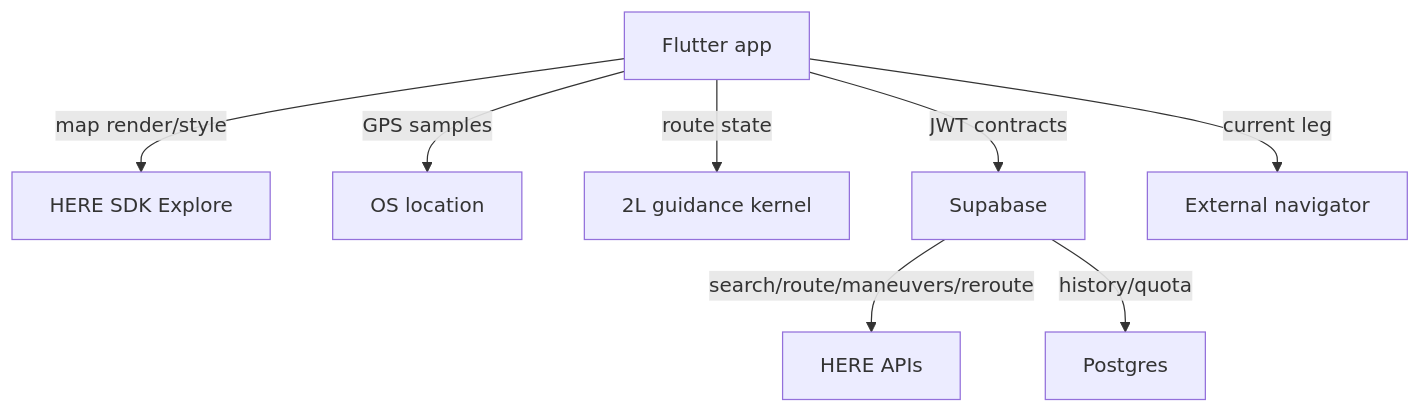
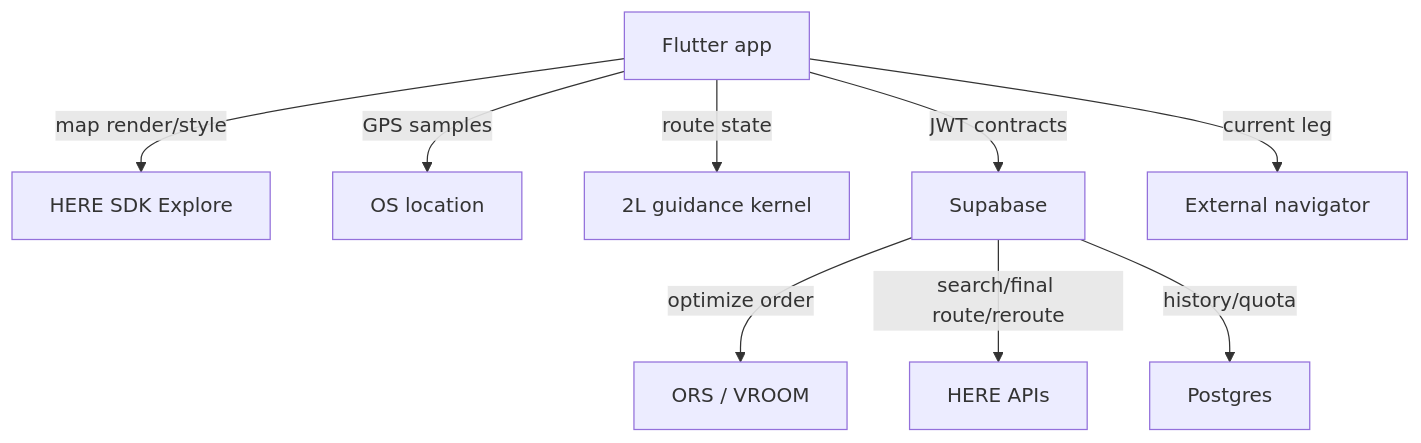
Before and after one commit to doppiaelle/2L-maps: the second of 2 diagrams in README.md, drawn with Mermaid. The commit also changed other lines of this file, not shown here.

Commit message:
docs: describe ORS and HERE target in README

````diff
--- a/README.md
+++ b/README.md
@@ -86,10 +87,11 @@
 ```mermaid
 flowchart TD
   A["Flutter app"] -->|map render/style| B["HERE SDK Explore"]
   A -->|GPS samples| C["OS location"]
   A -->|route state| D["2L guidance kernel"]
   A -->|JWT contracts| E["Supabase"]
-  E -->|search/route/maneuvers/reroute| F["HERE APIs"]
-  E -->|history/quota| G["Postgres"]
+  E -->|optimize order| F["ORS / VROOM"]
+  E -->|search/final route/reroute| G["HERE APIs"]
+  E -->|history/quota| I["Postgres"]
   A -->|current leg| H["External navigator"]
 ```
````
